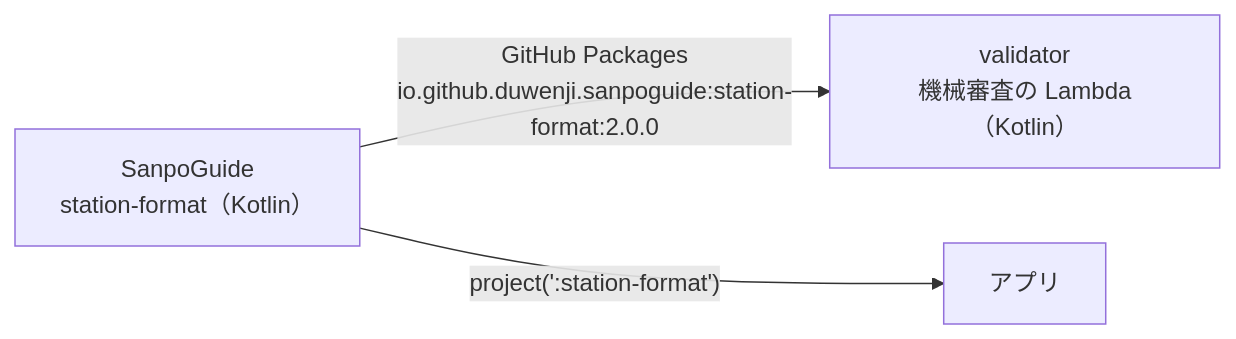
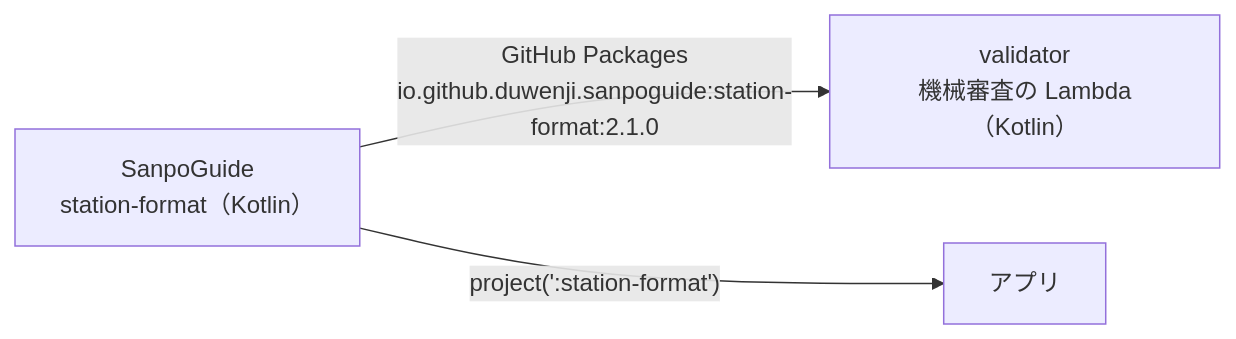
Before and after one commit to duwenji/yorisoi-tutorial: the first of 2 diagrams in 08-aws/08-kotlin-lambda.md, drawn with Mermaid. The commit also changed other lines of this file and 62 other files, not shown here.

````diff
--- a/08-aws/08-kotlin-lambda.md
+++ b/08-aws/08-kotlin-lambda.md
@@ -19,5 +19,5 @@
 ```mermaid
 flowchart LR
-    SG["SanpoGuide<br/>station-format（Kotlin）"] -->|"GitHub Packages<br/>io.github.duwenji.sanpoguide:station-format:2.0.0"| V["validator<br/>機械審査の Lambda（Kotlin）"]
+    SG["SanpoGuide<br/>station-format（Kotlin）"] -->|"GitHub Packages<br/>io.github.duwenji.sanpoguide:station-format:2.1.0"| V["validator<br/>機械審査の Lambda（Kotlin）"]
     SG -->|"project(':station-format')"| APP["アプリ"]
 ```
````
